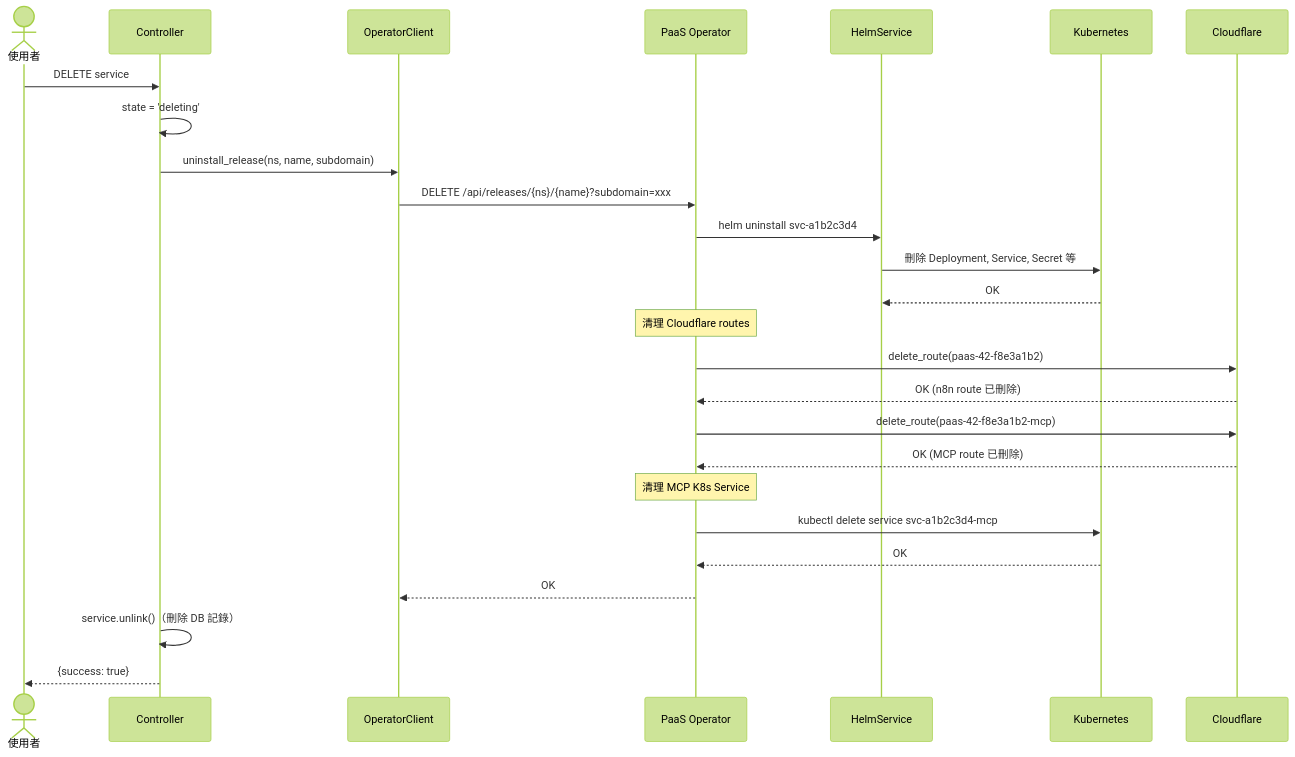
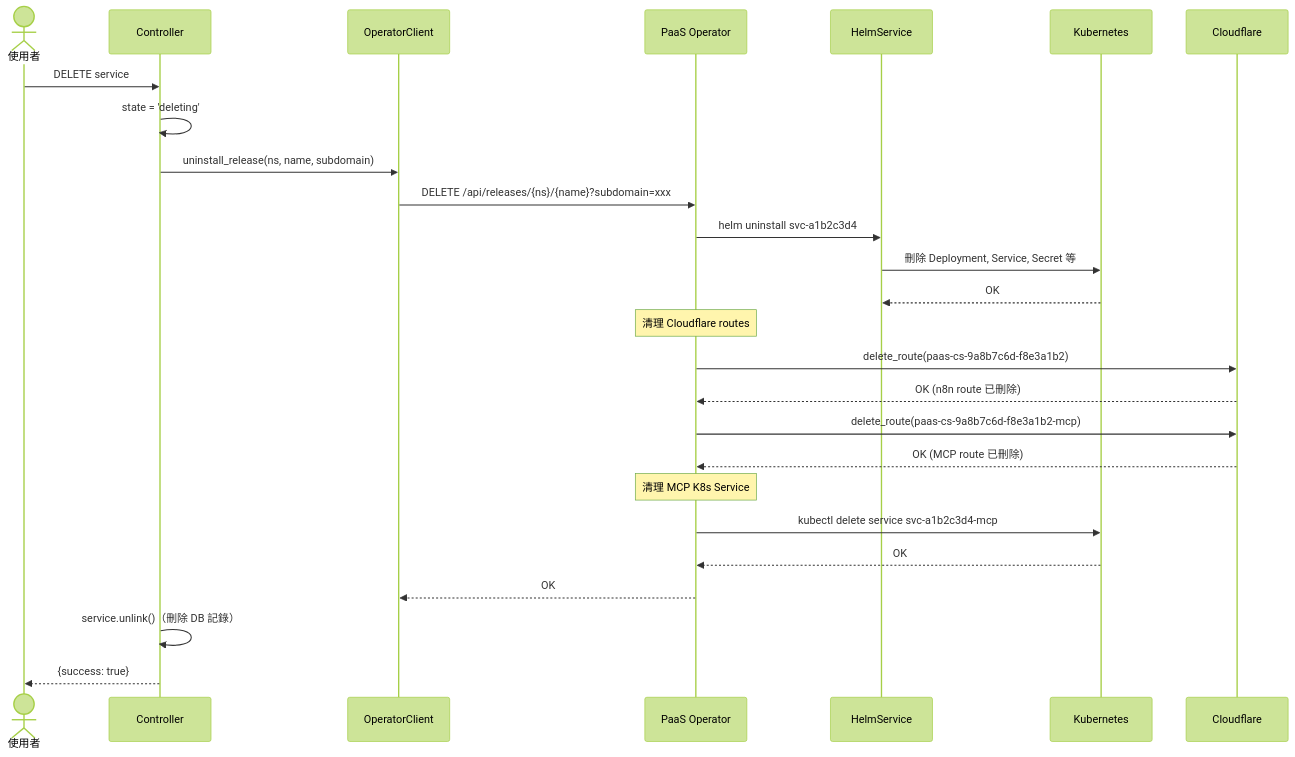
Before and after one commit to WOOWTECH/odoo-addon-woow-paas-platform: diagram 11 of 11 in docs/reference/architecture/n8n-cloud-service-lifecycle.md, drawn with Mermaid (forest theme). The commit also changed other lines of this file and 15 other files, not shown here.

````diff
--- a/docs/reference/architecture/n8n-cloud-service-lifecycle.md
+++ b/docs/reference/architecture/n8n-cloud-service-lifecycle.md
@@ -853,33 +875,33 @@
 ```mermaid
 sequenceDiagram
     actor User as 使用者
     participant Ctrl as Controller
     participant Client as OperatorClient
     participant Operator as PaaS Operator
     participant Helm as HelmService
     participant K8s as Kubernetes
     participant CF as Cloudflare
 
     User->>Ctrl: DELETE service
     Ctrl->>Ctrl: state = 'deleting'
     Ctrl->>Client: uninstall_release(ns, name, subdomain)
     Client->>Operator: DELETE /api/releases/{ns}/{name}?subdomain=xxx
 
     Operator->>Helm: helm uninstall svc-a1b2c3d4
     Helm->>K8s: 刪除 Deployment, Service, Secret 等
     K8s-->>Helm: OK
 
     Note over Operator: 清理 Cloudflare routes
-    Operator->>CF: delete_route(paas-42-f8e3a1b2)
+    Operator->>CF: delete_route(paas-cs-9a8b7c6d-f8e3a1b2)
     CF-->>Operator: OK (n8n route 已刪除)
-    Operator->>CF: delete_route(paas-42-f8e3a1b2-mcp)
+    Operator->>CF: delete_route(paas-cs-9a8b7c6d-f8e3a1b2-mcp)
     CF-->>Operator: OK (MCP route 已刪除)
 
     Note over Operator: 清理 MCP K8s Service
     Operator->>K8s: kubectl delete service svc-a1b2c3d4-mcp
     K8s-->>Operator: OK
 
     Operator-->>Client: OK
     Ctrl->>Ctrl: service.unlink()（刪除 DB 記錄）
     Ctrl-->>User: {success: true}
 ```
````
